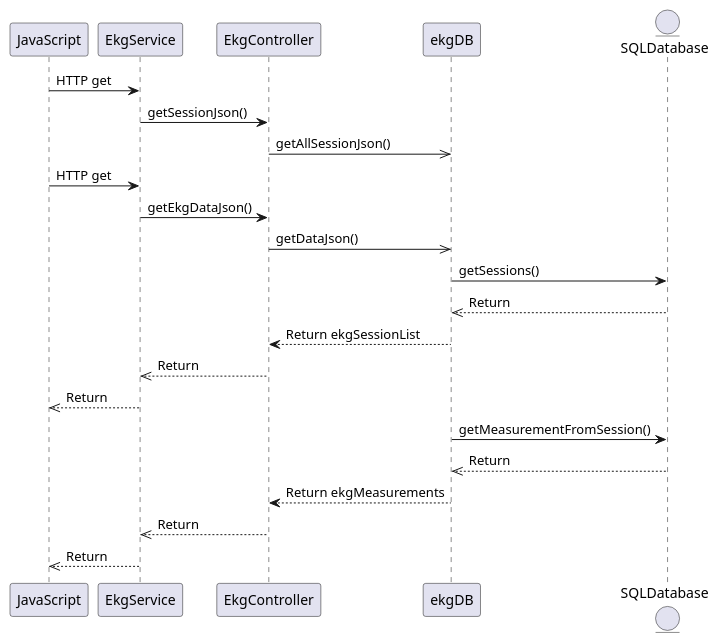
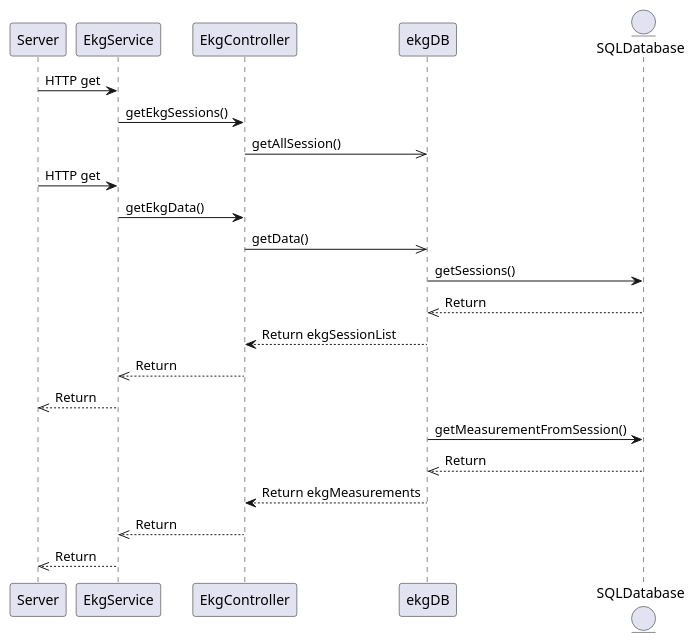
The diagram in src/main/java/resources/sequencediagram2.puml (BachBerg/SemesterProjekt3), drawn with PlantUML before and after one commit. The commit also changed 11 other files, not shown here.

```diff
--- a/src/main/java/resources/sequencediagram2.puml
+++ b/src/main/java/resources/sequencediagram2.puml
@@ -1,24 +1,24 @@
 @startuml
 
-JavaScript -> EkgService : HTTP get
-EkgService -> EkgController : getSessionJson()
-EkgController ->> ekgDB : getAllSessionJson()
+Server -> EkgService : HTTP get
+EkgService -> EkgController : getEkgSessions()
+EkgController ->> ekgDB : getAllSession()
 
-JavaScript -> EkgService : HTTP get
-EkgService -> EkgController : getEkgDataJson()
-EkgController ->> ekgDB : getDataJson()
+Server -> EkgService : HTTP get
+EkgService -> EkgController : getEkgData()
+EkgController ->> ekgDB : getData()
 
 entity      SQLDatabase      as sqldb
 ekgDB -> sqldb  : getSessions()
 ekgDB <<-- sqldb : Return
 EkgController <-- ekgDB : Return ekgSessionList
 EkgService <<-- EkgController : Return
-JavaScript <<-- EkgService : Return
+Server <<-- EkgService : Return
 
 ekgDB -> sqldb  : getMeasurementFromSession()
 ekgDB <<-- sqldb : Return
 EkgController <-- ekgDB : Return ekgMeasurements
 EkgService <<-- EkgController : Return
-JavaScript <<-- EkgService : Return
+Server <<-- EkgService : Return
 
 @enduml
```
